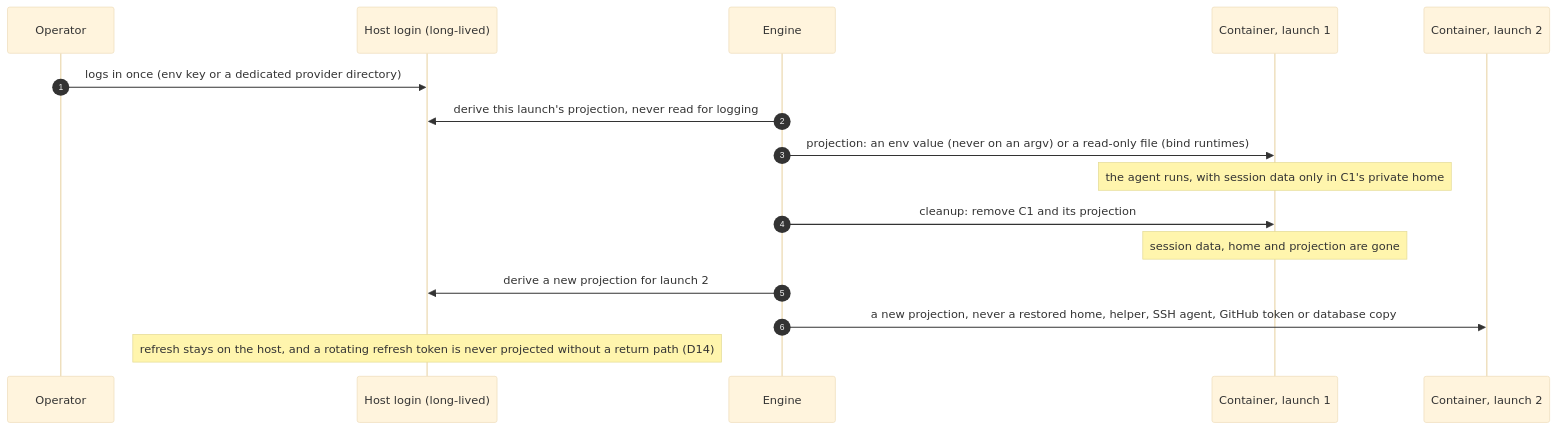
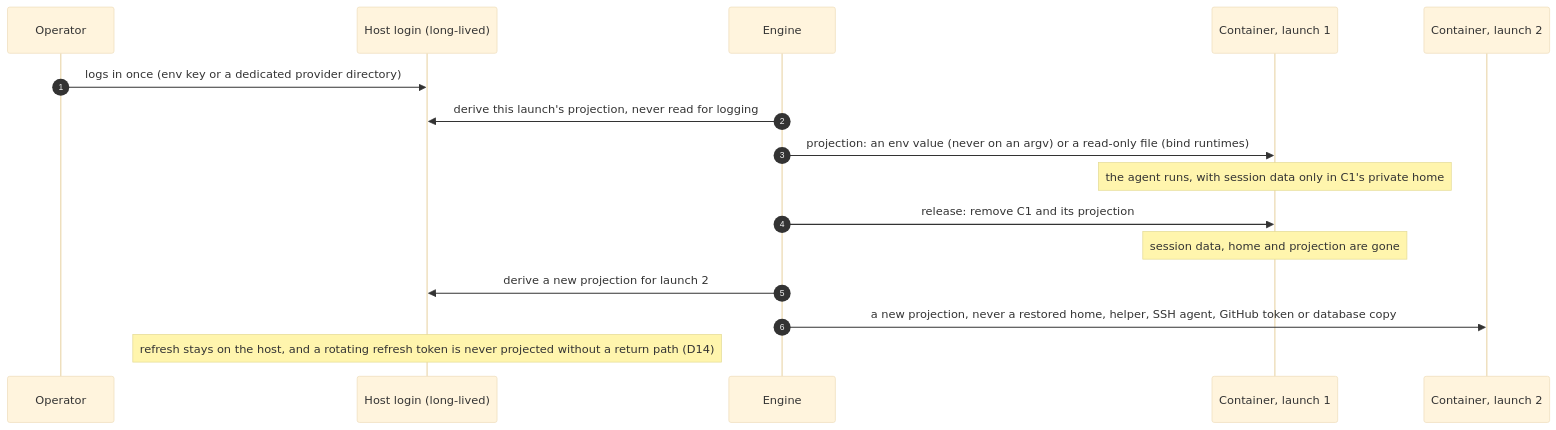
One commit to iceboundrock/AutoForge changed the third of 3 diagrams in docs/adr/0013-container-sandbox-backend-lifecycle-trust-boundaries-and-rollout.md. Above: the diagram before and after it, drawn with Mermaid (base theme). The commit also changed other lines of this file and 1 other file, not shown here.

````diff
--- a/docs/adr/0013-container-sandbox-backend-lifecycle-trust-boundaries-and-rollout.md
+++ b/docs/adr/0013-container-sandbox-backend-lifecycle-trust-boundaries-and-rollout.md
@@ -1219,18 +1359,18 @@
 ```mermaid
 sequenceDiagram
     autonumber
     participant O as Operator
     participant H as Host login (long-lived)
     participant E as Engine
     participant C1 as Container, launch 1
     participant C2 as Container, launch 2
     O->>H: logs in once (env key or a dedicated provider directory)
     E->>H: derive this launch's projection, never read for logging
     E->>C1: projection: an env value (never on an argv) or a read-only file (bind runtimes)
     Note over C1: the agent runs, with session data only in C1's private home
-    E->>C1: cleanup: remove C1 and its projection
+    E->>C1: release: remove C1 and its projection
     Note over C1: session data, home and projection are gone
     E->>H: derive a new projection for launch 2
     E->>C2: a new projection, never a restored home, helper, SSH agent, GitHub token or database copy
     Note over H: refresh stays on the host, and a rotating refresh token is never projected without a return path (D14)
 ```
````
